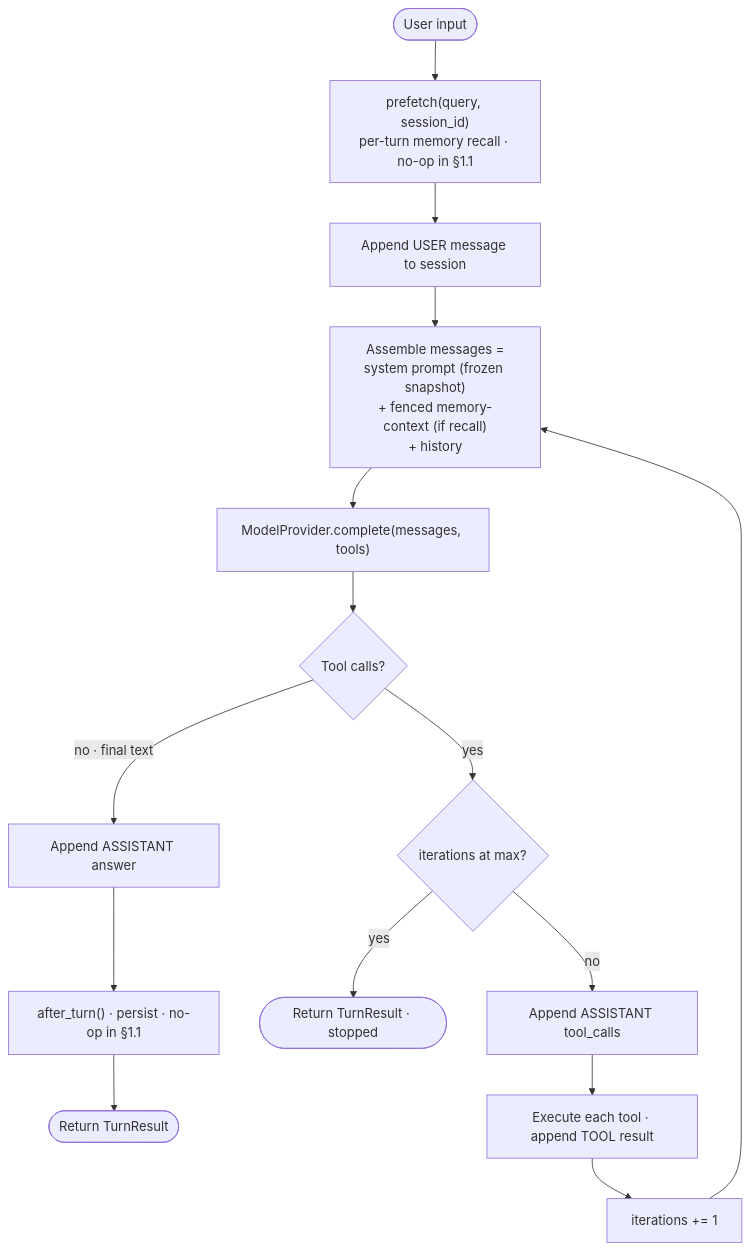
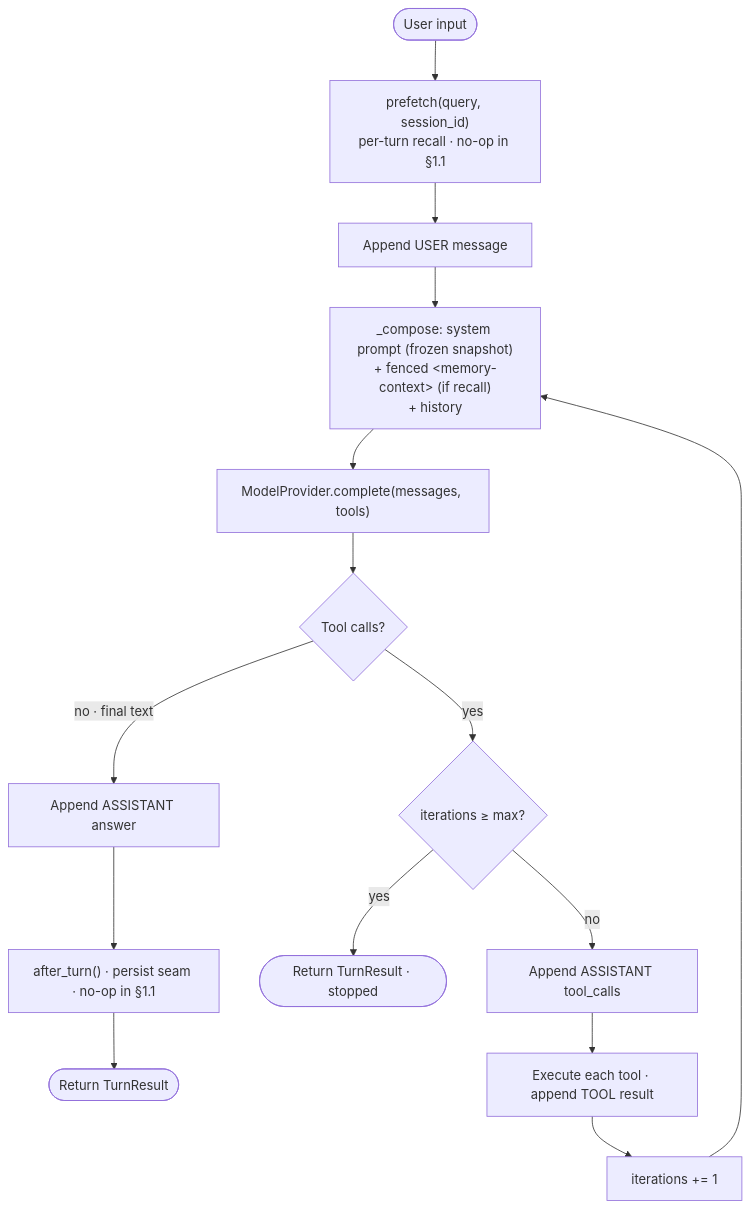
Before and after one commit to Ruihang2017/Jobpin-Agent: the first of 2 diagrams in site/devlog/p0-1.1-agent-core-EN.md, drawn with Mermaid. The commit also changed other lines of this file and 5 other files, not shown here.

````diff
--- a/site/devlog/p0-1.1-agent-core-EN.md
+++ b/site/devlog/p0-1.1-agent-core-EN.md
@@ -52,17 +339,17 @@
 ```mermaid
 flowchart TD
-    A([User input]) --> B["prefetch(query, session_id)<br/>per-turn memory recall · no-op in §1.1"]
-    B --> C["Append USER message to session"]
-    C --> D["Assemble messages =<br/>system prompt (frozen snapshot)<br/>+ fenced memory-context (if recall)<br/>+ history"]
+    A([User input]) --> B["prefetch(query, session_id)<br/>per-turn recall · no-op in §1.1"]
+    B --> C["Append USER message"]
+    C --> D["_compose: system prompt (frozen snapshot)<br/>+ fenced &lt;memory-context&gt; (if recall)<br/>+ history"]
     D --> E["ModelProvider.complete(messages, tools)"]
     E --> F{"Tool calls?"}
     F -- "no · final text" --> G["Append ASSISTANT answer"]
-    G --> H["after_turn() · persist · no-op in §1.1"]
+    G --> H["after_turn() · persist seam · no-op in §1.1"]
     H --> I([Return TurnResult])
-    F -- "yes" --> J{"iterations at max?"}
+    F -- "yes" --> J{"iterations &ge; max?"}
     J -- "yes" --> K([Return TurnResult · stopped])
     J -- "no" --> L["Append ASSISTANT tool_calls"]
     L --> M["Execute each tool · append TOOL result"]
     M --> N["iterations += 1"]
     N --> D
 ```
````
